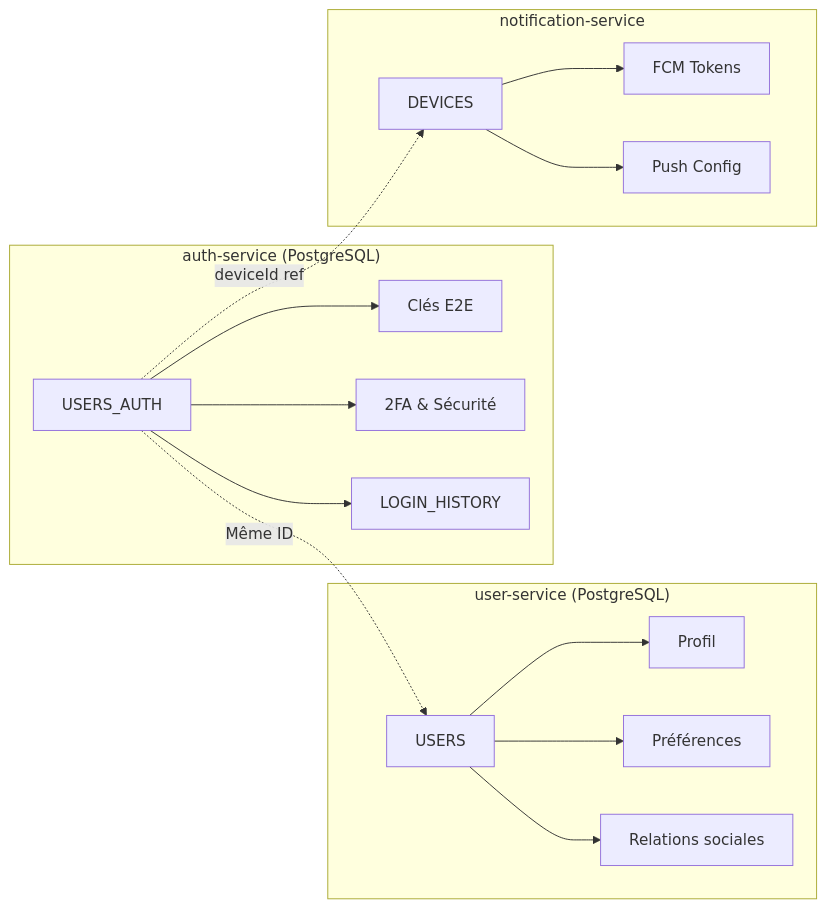
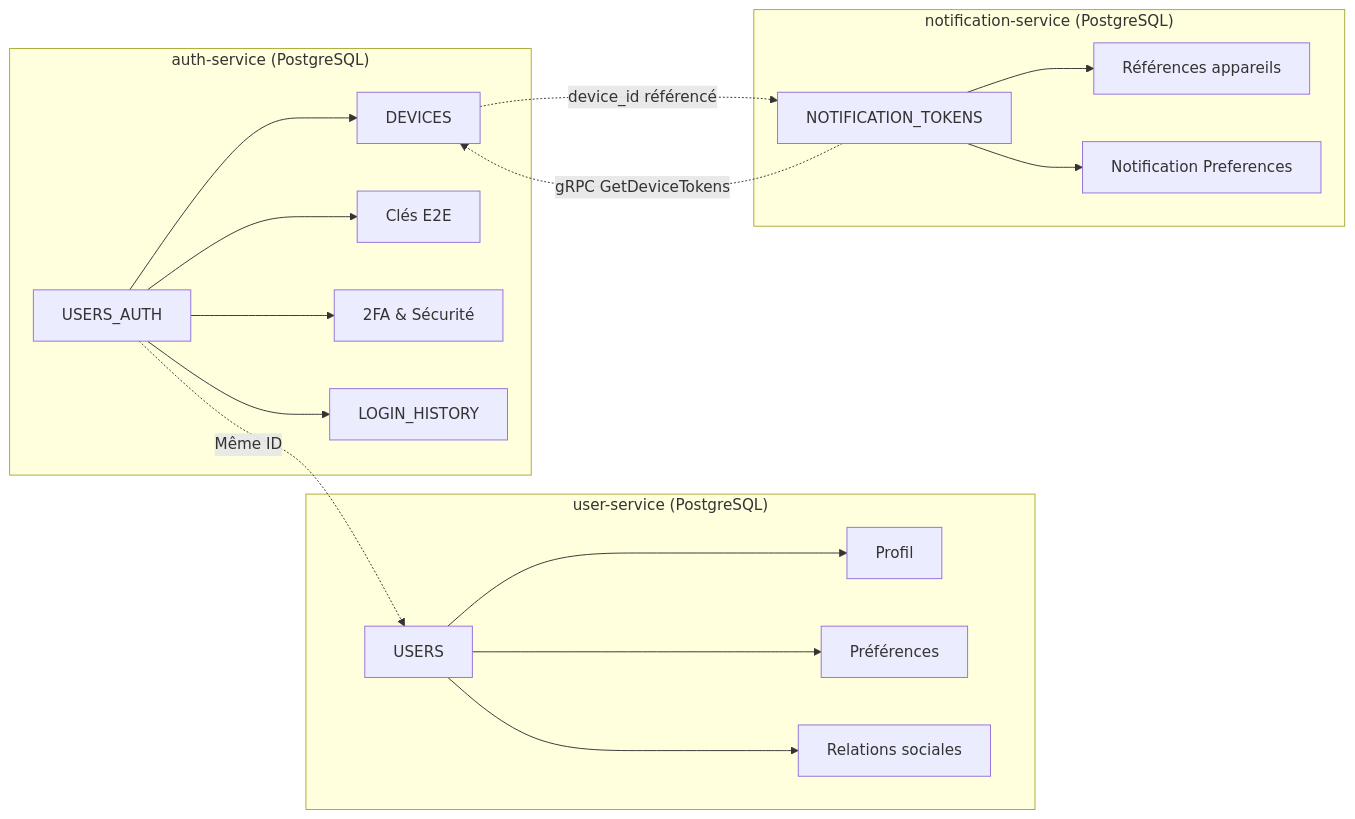
One commit to whispr-messenger/auth-service changed the third of 4 diagrams in documentation/1_architecture/2_database_design.md. Above: the diagram before and after it, drawn with Mermaid. The commit also changed other lines of this file, not shown here.

````diff
--- a/documentation/1_architecture/2_database_design.md
+++ b/documentation/1_architecture/2_database_design.md
@@ -308,22 +365,24 @@
 ```mermaid
 graph LR
     subgraph "auth-service (PostgreSQL)"
-        A[USERS_AUTH] --> C[Clés E2E]
+        A[USERS_AUTH] --> B[DEVICES]
+        A --> C[Clés E2E]
         A --> D[2FA & Sécurité]
         A --> E[LOGIN_HISTORY]
     end
     
     subgraph "user-service (PostgreSQL)"
         F[USERS] --> G[Profil]
         F --> H[Préférences]
         F --> I[Relations sociales]
     end
     
-    subgraph "notification-service"
-        J[DEVICES] --> K[FCM Tokens]
-        J --> L[Push Config]
+    subgraph "notification-service (PostgreSQL)"
+        J[NOTIFICATION_TOKENS] --> K[Références appareils]
+        J --> L[Notification Preferences]
     end
     
     A -.->|Même ID| F
-    A -.->|deviceId ref| J
+    B -.->|device_id référencé| J
+    J -.->|gRPC GetDeviceTokens| B
 ```
````
